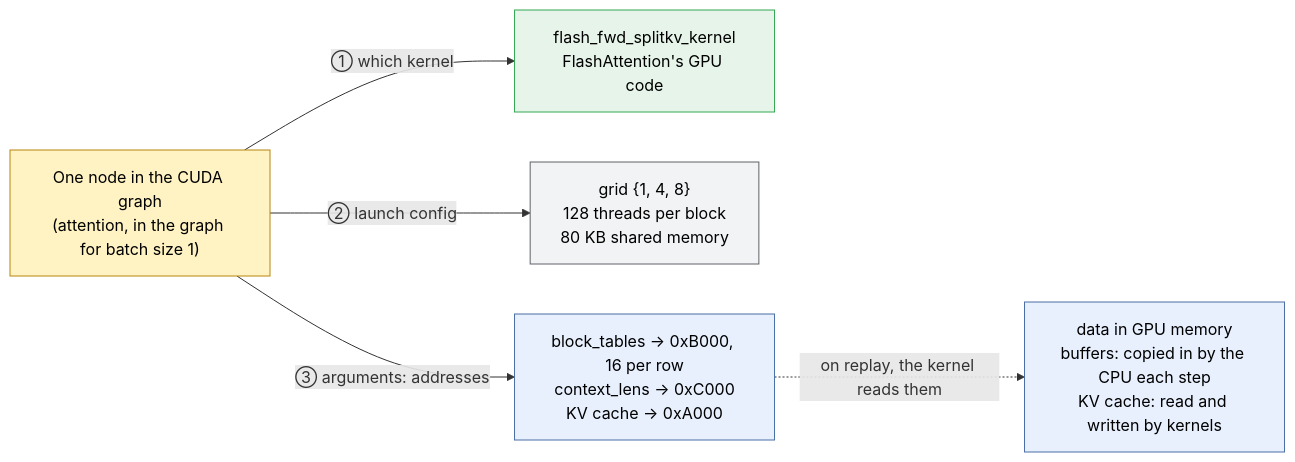
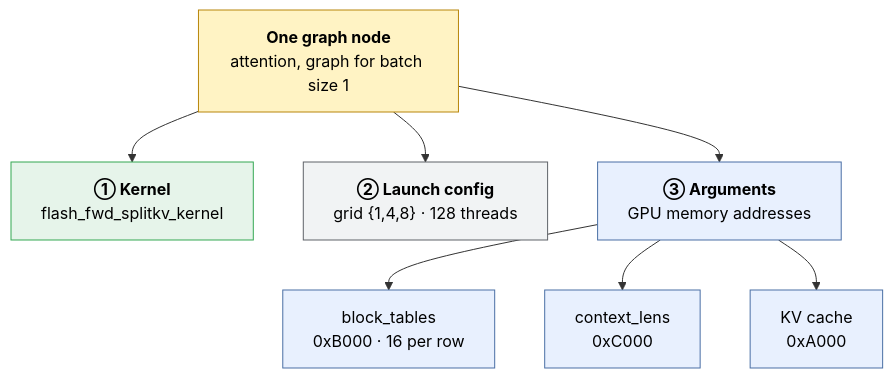
The second of 4 diagrams in notes/nano-vllm/issues/190-cuda-graph-block-tables.md (taigaoma1997/llm-infra-notes), drawn with Mermaid before and after one commit. The commit also changed other lines of this file and 1 other file, not shown here.

Commit message:
nano-vllm #190: narrower diagrams with step tables (node, startup, decode step)

````diff
--- a/notes/nano-vllm/issues/190-cuda-graph-block-tables.md
+++ b/notes/nano-vllm/issues/190-cuda-graph-block-tables.md
@@ -173,16 +173,18 @@
 ```mermaid
-flowchart LR
-  N["One node in the CUDA graph<br/>(attention, in the graph for batch size 1)"]
-  N -->|"① which kernel"| K["flash_fwd_splitkv_kernel<br/>FlashAttention's GPU code"]
-  N -->|"② launch config"| C["grid {1, 4, 8}<br/>128 threads per block<br/>80 KB shared memory"]
-  N -->|"③ arguments: addresses"| A["block_tables → 0xB000, 16 per row<br/>context_lens → 0xC000<br/>KV cache → 0xA000"]
-  A -.->|"on replay, the kernel reads them"| M["data in GPU memory<br/>buffers: copied in by the CPU each step<br/>KV cache: read and written by kernels"]
+flowchart TD
+  N["<b>One graph node</b><br/>attention, graph for batch size 1"]
+  N --> K["<b>① Kernel</b><br/>flash_fwd_splitkv_kernel"]
+  N --> C["<b>② Launch config</b><br/>grid {1,4,8} · 128 threads"]
+  N --> A["<b>③ Arguments</b><br/>GPU memory addresses"]
+  A --> B1["block_tables<br/>0xB000 · 16 per row"]
+  A --> B2["context_lens<br/>0xC000"]
+  A --> B3["KV cache<br/>0xA000"]
   classDef node fill:#fff3c4,stroke:#b8860b,color:#000
   classDef code fill:#e6f4ea,stroke:#34a853,color:#000
   classDef cfg fill:#f1f3f4,stroke:#5f6368,color:#000
   classDef mem fill:#e8f0fe,stroke:#4a6fa5,color:#000
   class N node
   class K code
   class C cfg
-  class A,M mem
+  class A,B1,B2,B3 mem
 ```
````
